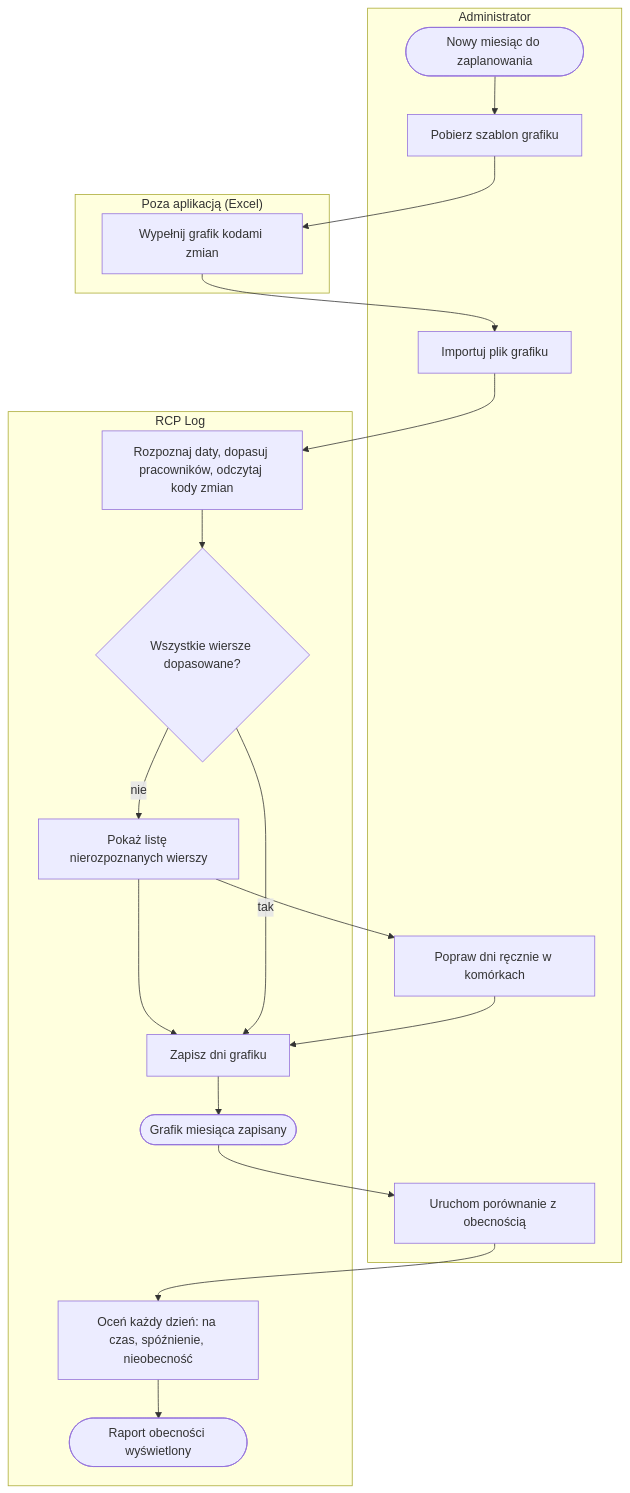
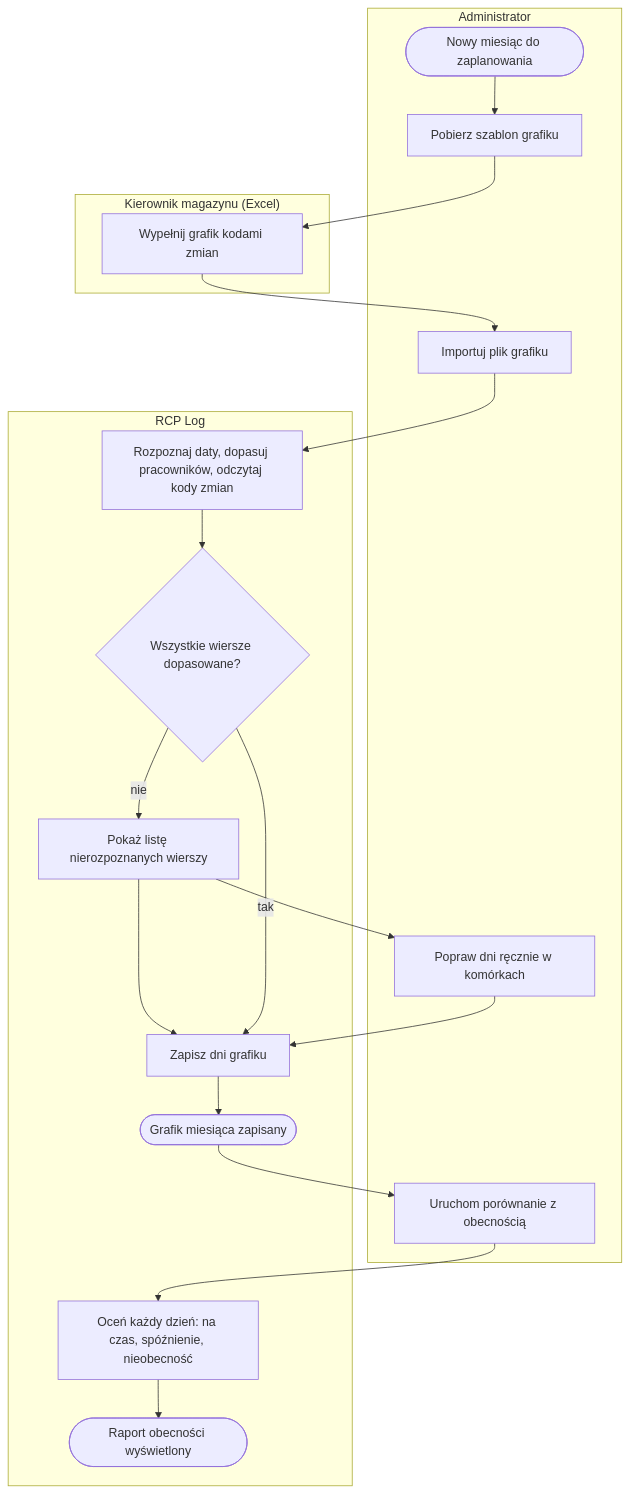
The first of 3 diagrams in docs/01-procesy/P5-grafik-i-obecnosc.md (TomaszWu14/rcp-log-public), drawn with Mermaid before and after one commit. The commit also changed other lines of this file and 11 other files, not shown here.

````diff
--- a/docs/01-procesy/P5-grafik-i-obecnosc.md
+++ b/docs/01-procesy/P5-grafik-i-obecnosc.md
@@ -15,26 +15,26 @@
 ```mermaid
 flowchart TD
     subgraph ADM["Administrator"]
         E1(["Nowy miesiąc do zaplanowania"]) --> T1["Pobierz szablon grafiku"]
         T3["Importuj plik grafiku"]
         T6["Popraw dni ręcznie w komórkach"]
         T8["Uruchom porównanie z obecnością"]
     end
-    subgraph OUT["Poza aplikacją (Excel)"]
+    subgraph OUT["Kierownik magazynu (Excel)"]
         T2["Wypełnij grafik kodami zmian"]
     end
     subgraph SYS["RCP Log"]
         T4["Rozpoznaj daty, dopasuj pracowników, odczytaj kody zmian"]
         G1{"Wszystkie wiersze dopasowane?"}
         T5["Pokaż listę nierozpoznanych wierszy"]
         T7["Zapisz dni grafiku"]
         E2(["Grafik miesiąca zapisany"])
         T9["Oceń każdy dzień: na czas, spóźnienie, nieobecność"]
         E3(["Raport obecności wyświetlony"])
     end
     T1 --> T2 --> T3 --> T4 --> G1
     G1 -->|"nie"| T5 --> T7
     G1 -->|"tak"| T7 --> E2
     T5 --> T6 --> T7
     E2 --> T8 --> T9 --> E3
 ```
````
